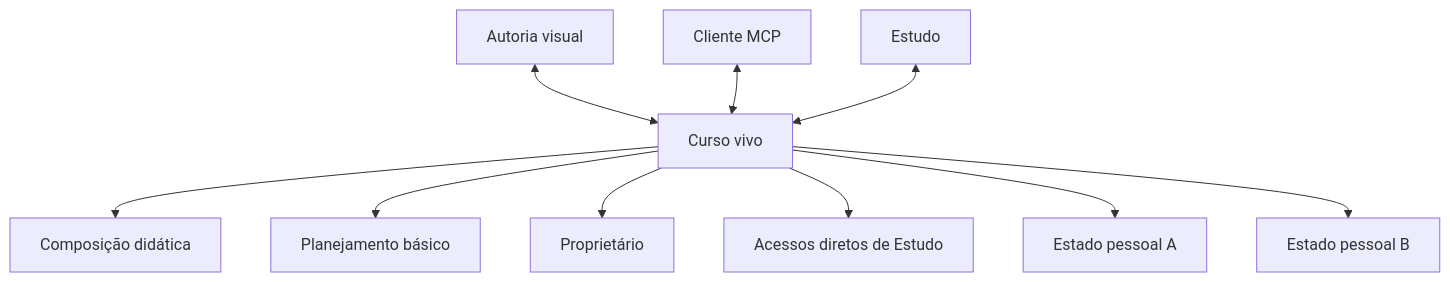
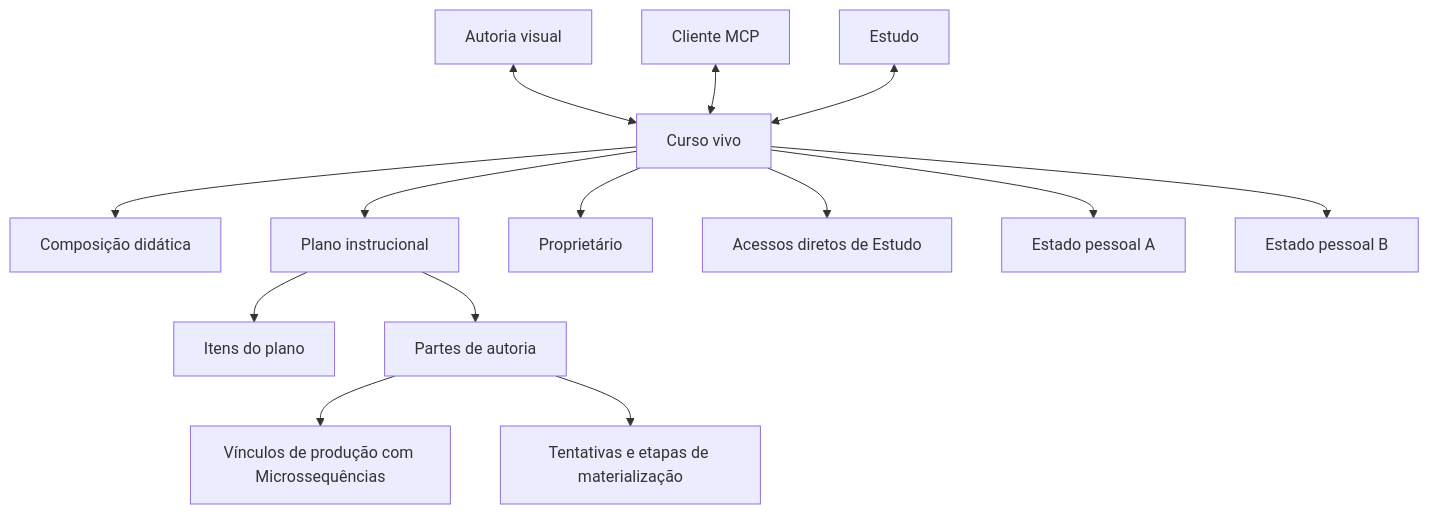
The first of 2 diagrams in docs/estado-atual-e-roadmap.md (fabio-ara/AraLearn), drawn with Mermaid before and after one commit. The commit also changed other lines of this file and 61 other files, not shown here.

Commit message:
Consolidar planejamento vivo por Partes

````diff
--- a/docs/estado-atual-e-roadmap.md
+++ b/docs/estado-atual-e-roadmap.md
@@ -49,12 +50,16 @@
 ```mermaid
 flowchart TD
     C[Curso vivo] --> H[Composição didática]
-    C --> P[Planejamento básico]
+    C --> P[Plano instrucional]
+    P --> I[Itens do plano]
+    P --> PA[Partes de autoria]
+    PA --> L[Vínculos de produção com Microssequências]
+    PA --> M[Tentativas e etapas de materialização]
     C --> O[Proprietário]
     C --> A[Acessos diretos de Estudo]
     C --> S1[Estado pessoal A]
     C --> S2[Estado pessoal B]
     AU[Autoria visual] <--> C
     MCP[Cliente MCP] <--> C
     E[Estudo] <--> C
 ```
````
